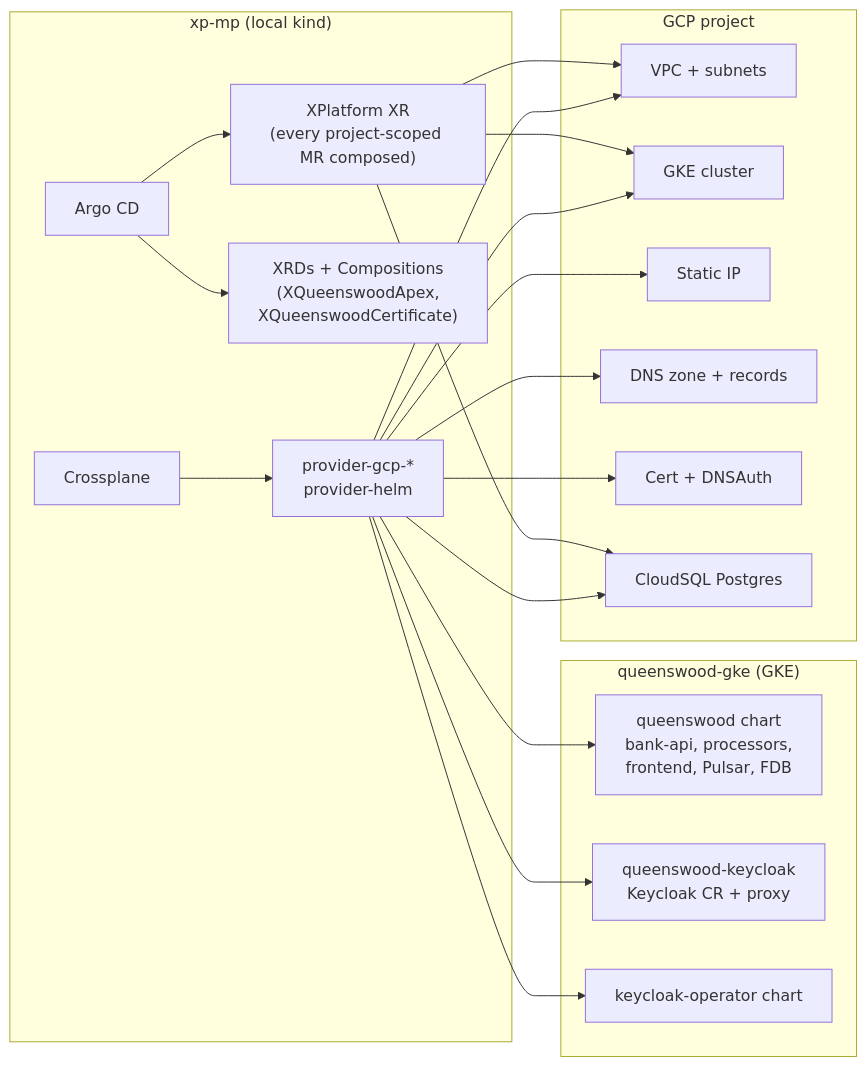
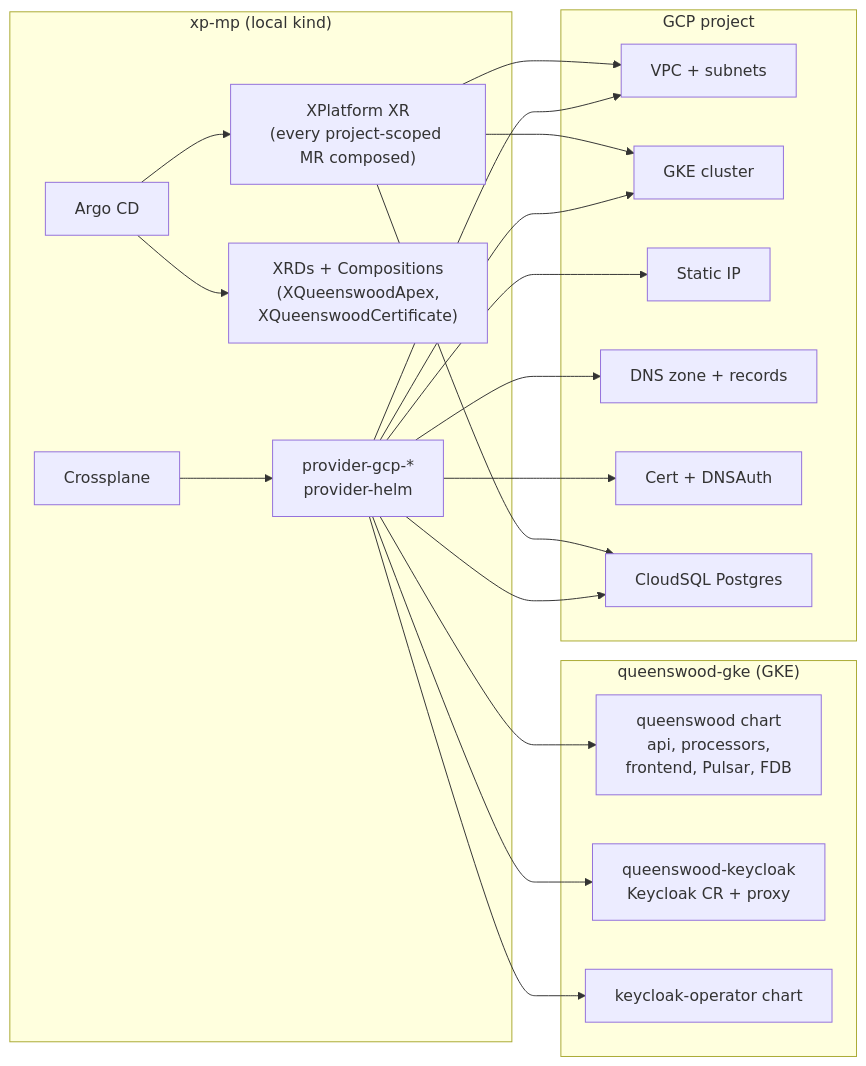
One commit to kjothen/queenswood changed the diagram in docs/tdd/infrastructure.md. Above: the diagram before and after it, drawn with Mermaid. The commit also changed other lines of this file and 51 other files, not shown here.

````diff
--- a/docs/tdd/infrastructure.md
+++ b/docs/tdd/infrastructure.md
@@ -27,38 +27,38 @@
 ```mermaid
 flowchart LR
   subgraph mgmt["xp-mp (local kind)"]
     argo[Argo CD]
     xp[Crossplane]
     providers["provider-gcp-*<br/>provider-helm"]
     xrds["XRDs + Compositions<br/>(XQueenswoodApex,<br/>XQueenswoodCertificate)"]
     qwgcp["XPlatform XR<br/>(every project-scoped MR composed)"]
   end
   subgraph gke["queenswood-gke (GKE)"]
-    qw[queenswood chart<br/>bank-api, processors,<br/>frontend, Pulsar, FDB]
+    qw[queenswood chart<br/>api, processors,<br/>frontend, Pulsar, FDB]
     kc[queenswood-keycloak<br/>Keycloak CR + proxy]
     kco[keycloak-operator chart]
   end
   subgraph gcp["GCP project"]
     vpc[VPC + subnets]
     cluster[GKE cluster]
     ip[Static IP]
     dns[DNS zone + records]
     cert[Cert + DNSAuth]
     sql[CloudSQL Postgres]
   end
   argo --> xrds
   argo --> qwgcp
   xp --> providers
   qwgcp --> vpc
   qwgcp --> cluster
   qwgcp --> sql
   providers --> vpc
   providers --> cluster
   providers --> ip
   providers --> dns
   providers --> cert
   providers --> sql
   providers --> qw
   providers --> kc
   providers --> kco
 ```
````
